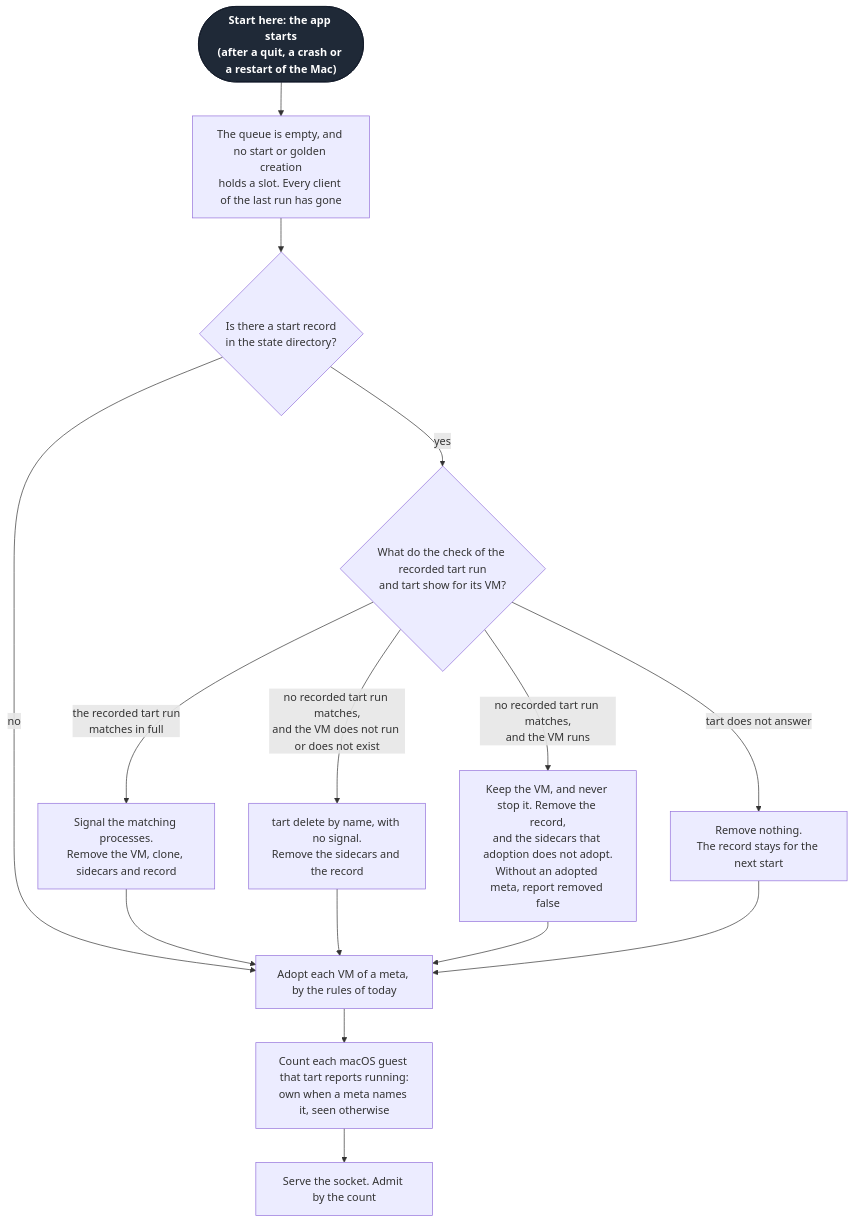
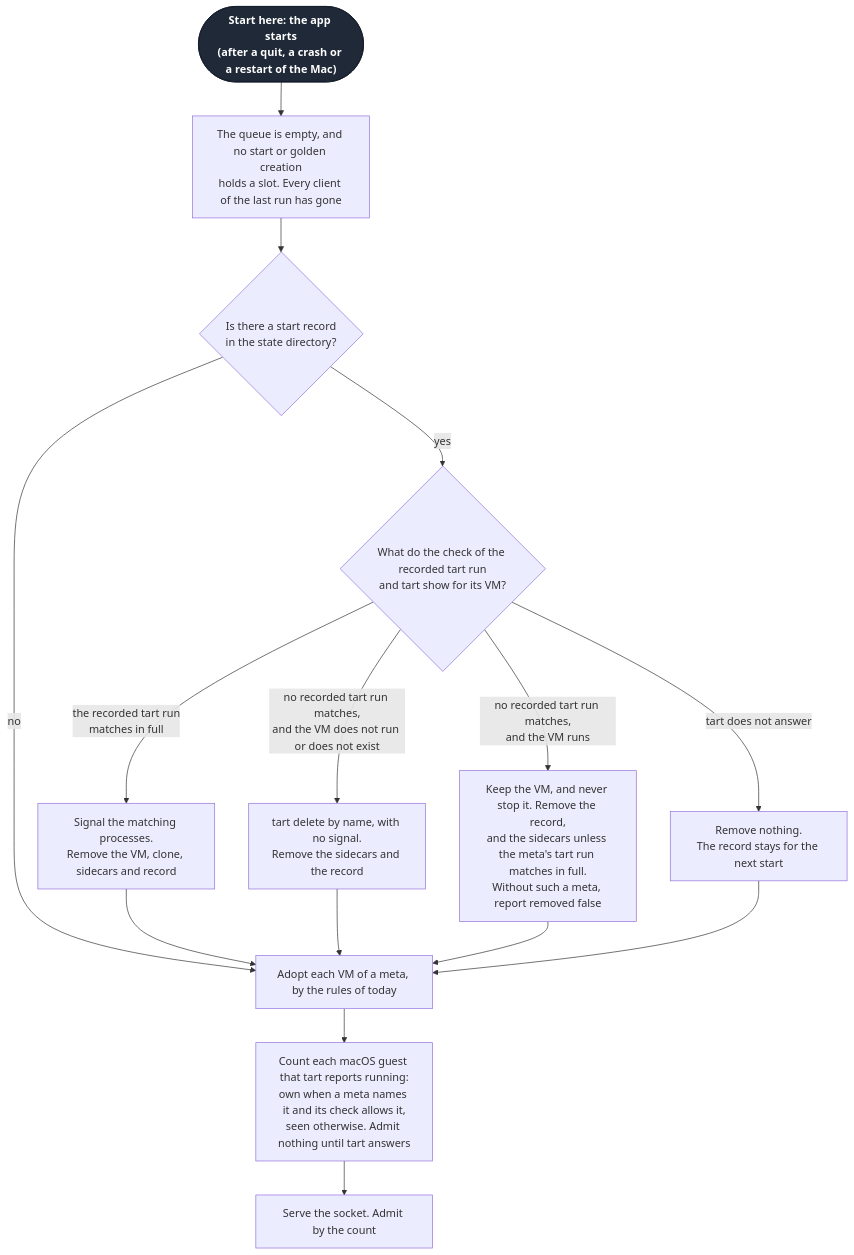
The seventh of 7 diagrams in docs/specs/admission-queue.md (Linkuistics/TestAnyware), drawn with Mermaid before and after one commit. The commit also changed other lines of this file and 6 other files, not shown here.

First line of the commit message:
grove(admission-queue-k9): triage the findings of admission-queue-k8, fix the start record, the OS and the count, cut admission-queue-k10, and retire the leaf

````diff
--- a/docs/specs/admission-queue.md
+++ b/docs/specs/admission-queue.md
@@ -577,15 +626,15 @@
 ```mermaid
 flowchart TD
   s(["Start here: the app starts<br/>(after a quit, a crash or a restart of the Mac)"]):::start --> q["The queue is empty, and no start or golden creation<br/>holds a slot. Every client of the last run has gone"]
   q --> rec{"Is there a start record<br/>in the state directory?"}
   rec -- "yes" --> vm{"What do the check of the recorded tart run<br/>and tart show for its VM?"}
   rec -- "no" --> adopt
   vm -- "the recorded tart run<br/>matches in full" --> rm["Signal the matching processes.<br/>Remove the VM, clone, sidecars and record"]
   vm -- "no recorded tart run matches,<br/>and the VM does not run or does not exist" --> del["tart delete by name, with no signal.<br/>Remove the sidecars and the record"]
-  vm -- "no recorded tart run matches,<br/>and the VM runs" --> keep["Keep the VM, and never stop it. Remove the record,<br/>and the sidecars that adoption does not adopt.<br/>Without an adopted meta, report removed false"]
+  vm -- "no recorded tart run matches,<br/>and the VM runs" --> keep["Keep the VM, and never stop it. Remove the record,<br/>and the sidecars unless the meta's tart run matches in full.<br/>Without such a meta, report removed false"]
   vm -- "tart does not answer" --> stay["Remove nothing.<br/>The record stays for the next start"]
   rm & del & keep & stay --> adopt["Adopt each VM of a meta, by the rules of today"]
-  adopt --> count["Count each macOS guest that tart reports running:<br/>own when a meta names it, seen otherwise"]
+  adopt --> count["Count each macOS guest that tart reports running:<br/>own when a meta names it and its check allows it,<br/>seen otherwise. Admit nothing until tart answers"]
   count --> serve["Serve the socket. Admit by the count"]
   classDef start fill:#1f2937,stroke:#111827,color:#ffffff,font-weight:bold
 ```
````
